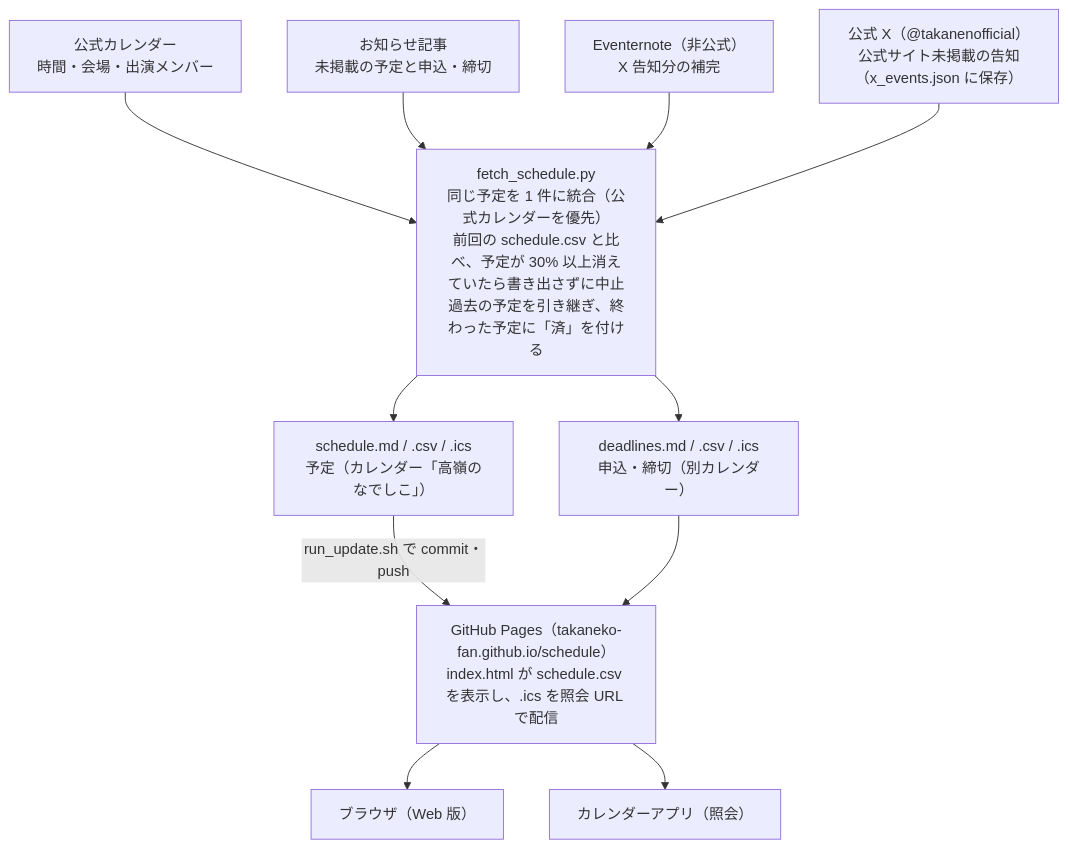
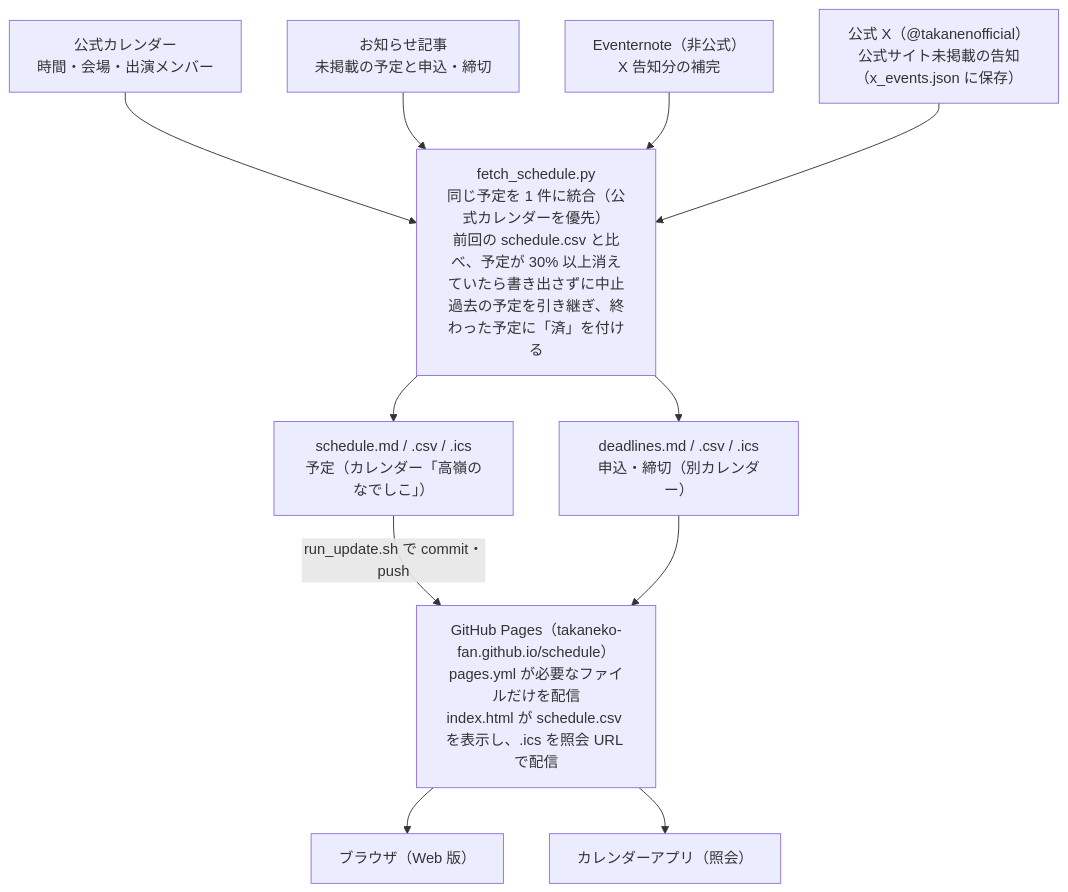
One commit to takaneko-fan/schedule changed the diagram in docs/spec.md. Above: the diagram before and after it, drawn with Mermaid. The commit also changed other lines of this file and 3 other files, not shown here.

First line of the commit message:
feat: GitHub Pages には Web 版とカレンダーに必要なファイルだけを配信する

````diff
--- a/docs/spec.md
+++ b/docs/spec.md
@@ -19,15 +19,15 @@
 ```mermaid
 flowchart TD
     cal["公式カレンダー<br>時間・会場・出演メンバー"] --> py
     news["お知らせ記事<br>未掲載の予定と申込・締切"] --> py
     en["Eventernote（非公式）<br>X 告知分の補完"] --> py
     x["公式 X（@takanenofficial）<br>公式サイト未掲載の告知（x_events.json に保存）"] --> py
     py["fetch_schedule.py<br>同じ予定を 1 件に統合（公式カレンダーを優先）<br>前回の schedule.csv と比べ、予定が 30% 以上消えていたら書き出さずに中止<br>過去の予定を引き継ぎ、終わった予定に「済」を付ける"]
     py --> sch["schedule.md / .csv / .ics<br>予定（カレンダー「高嶺のなでしこ」）"]
     py --> dl["deadlines.md / .csv / .ics<br>申込・締切（別カレンダー）"]
     sch -- "run_update.sh で commit・push" --> pages
     dl --> pages
-    pages["GitHub Pages（takaneko-fan.github.io/schedule）<br>index.html が schedule.csv を表示し、.ics を照会 URL で配信"]
+    pages["GitHub Pages（takaneko-fan.github.io/schedule）<br>pages.yml が必要なファイルだけを配信<br>index.html が schedule.csv を表示し、.ics を照会 URL で配信"]
     pages --> browser["ブラウザ（Web 版）"]
     pages --> app["カレンダーアプリ（照会）"]
 ```
````
